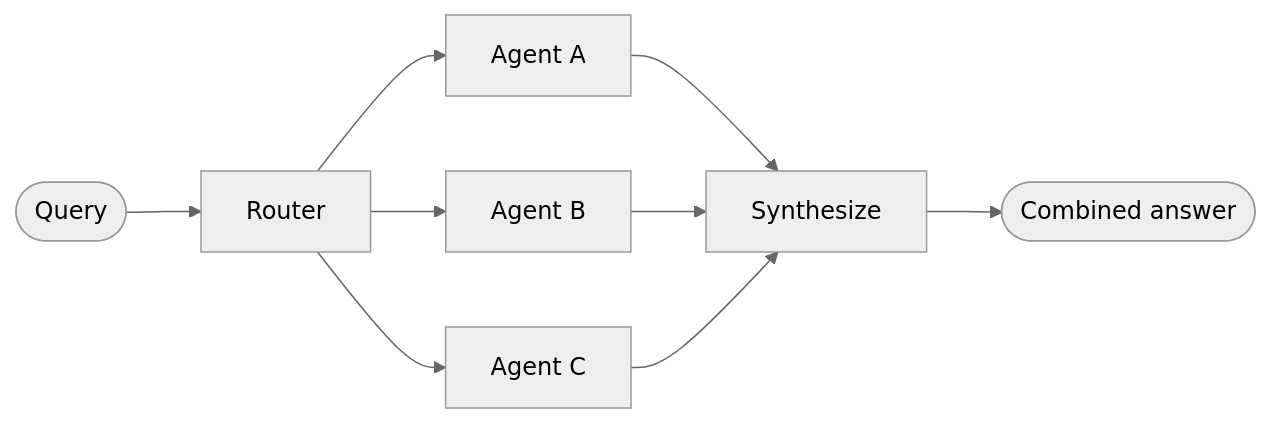
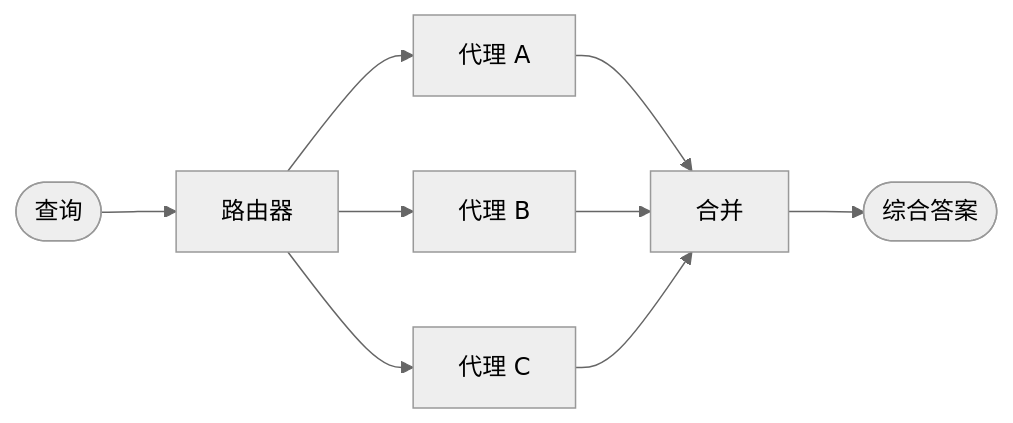
The diagram in oss/python/langchain/multi-agent/router.mdx (kunfan96/cndocs-langchain), drawn with Mermaid (neutral theme) before and after one commit. The commit also changed other lines of this file and 1450 other files, not shown here.

````diff
--- a/oss/python/langchain/multi-agent/router.mdx
+++ b/oss/python/langchain/multi-agent/router.mdx
@@ -7,11 +7,11 @@
 ```mermaid
 graph LR
-    A([Query]) --> B[Router]
-    B --> C[Agent A]
-    B --> D[Agent B]
-    B --> E[Agent C]
-    C --> F[Synthesize]
+    A([查询]) --> B[路由器]
+    B --> C[代理 A]
+    B --> D[代理 B]
+    B --> E[代理 C]
+    C --> F[合并]
     D --> F
     E --> F
-    F --> G([Combined answer])
+    F --> G([综合答案])
 ```
````
